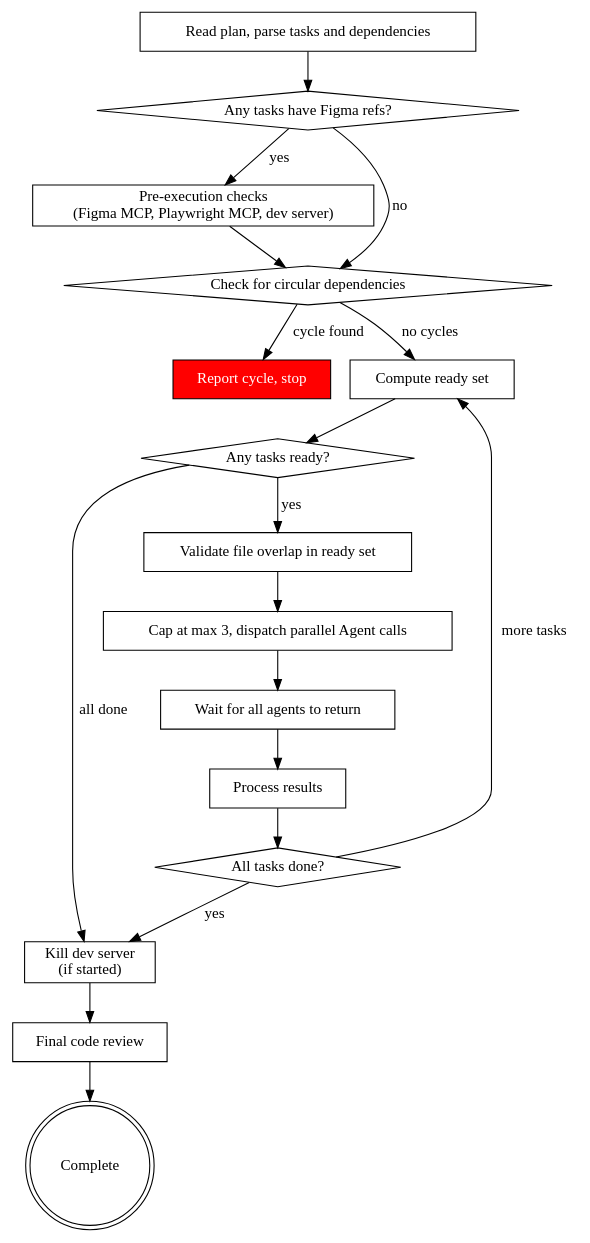
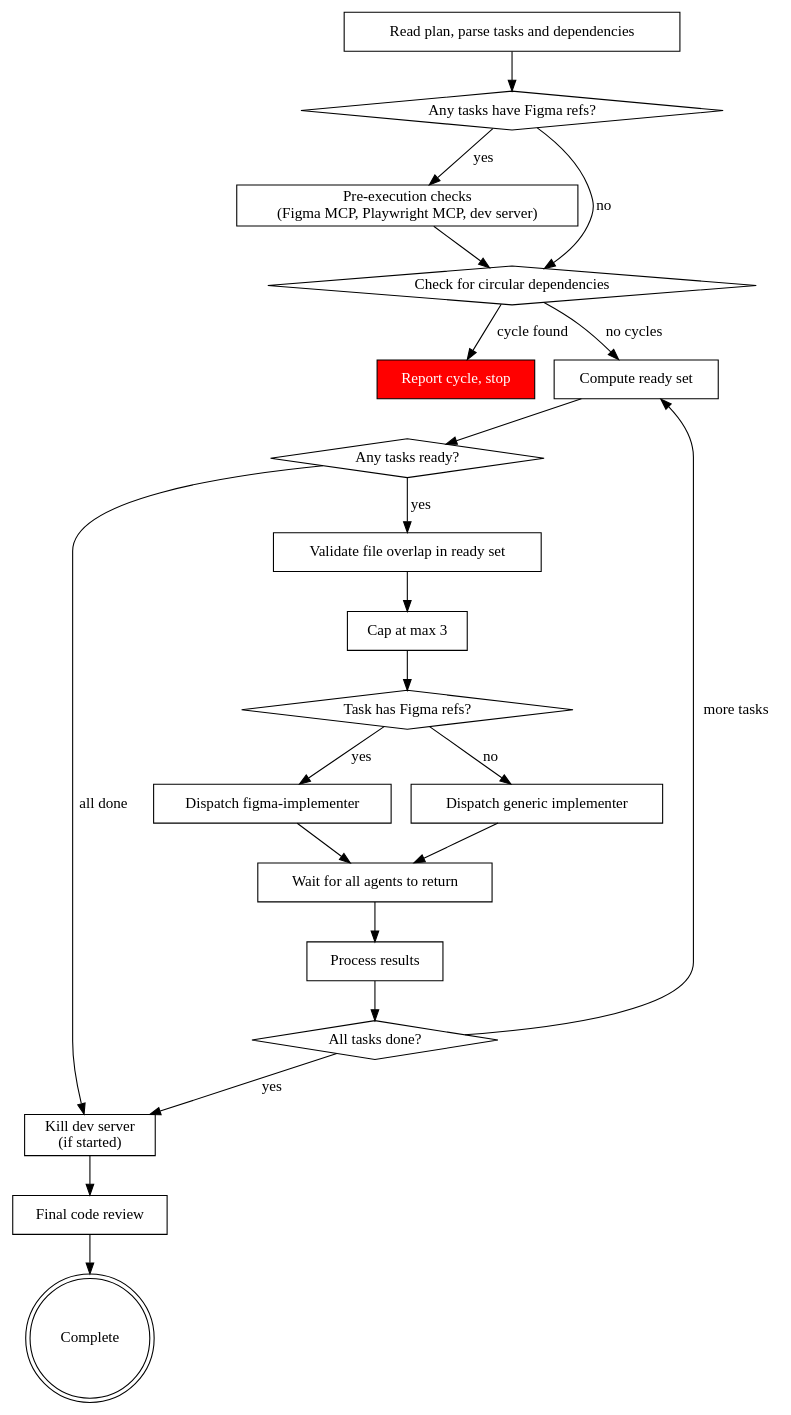
Before and after one commit to iclinic/afyapowers: the diagram in skills/subagent-driven-development/SKILL.md, drawn with Graphviz. The commit also changed other lines of this file, not shown here.

Commit message:
feat: add Figma task routing and 2-stage review pipeline to SDD

````diff
--- a/skills/subagent-driven-development/SKILL.md
+++ b/skills/subagent-driven-development/SKILL.md
@@ -14,39 +14,46 @@
 ```dot
 digraph process {
     rankdir=TB;
 
     "Read plan, parse tasks and dependencies" [shape=box];
     "Any tasks have Figma refs?" [shape=diamond];
     "Pre-execution checks\n(Figma MCP, Playwright MCP, dev server)" [shape=box];
     "Check for circular dependencies" [shape=diamond];
     "Report cycle, stop" [shape=box, style=filled, fillcolor=red, fontcolor=white];
     "Compute ready set" [shape=box];
     "Any tasks ready?" [shape=diamond];
     "Validate file overlap in ready set" [shape=box];
-    "Cap at max 3, dispatch parallel Agent calls" [shape=box];
+    "Cap at max 3" [shape=box];
+    "Task has Figma refs?" [shape=diamond];
+    "Dispatch figma-implementer" [shape=box];
+    "Dispatch generic implementer" [shape=box];
     "Wait for all agents to return" [shape=box];
     "Process results" [shape=box];
     "All tasks done?" [shape=diamond];
     "Kill dev server\n(if started)" [shape=box];
     "Final code review" [shape=box];
     "Complete" [shape=doublecircle];
 
     "Read plan, parse tasks and dependencies" -> "Any tasks have Figma refs?";
     "Any tasks have Figma refs?" -> "Pre-execution checks\n(Figma MCP, Playwright MCP, dev server)" [label="yes"];
     "Any tasks have Figma refs?" -> "Check for circular dependencies" [label="no"];
     "Pre-execution checks\n(Figma MCP, Playwright MCP, dev server)" -> "Check for circular dependencies";
     "Check for circular dependencies" -> "Report cycle, stop" [label="cycle found"];
     "Check for circular dependencies" -> "Compute ready set" [label="no cycles"];
     "Compute ready set" -> "Any tasks ready?";
     "Any tasks ready?" -> "Kill dev server\n(if started)" [label="all done"];
     "Any tasks ready?" -> "Validate file overlap in ready set" [label="yes"];
-    "Validate file overlap in ready set" -> "Cap at max 3, dispatch parallel Agent calls";
-    "Cap at max 3, dispatch parallel Agent calls" -> "Wait for all agents to return";
+    "Validate file overlap in ready set" -> "Cap at max 3";
+    "Cap at max 3" -> "Task has Figma refs?";
+    "Task has Figma refs?" -> "Dispatch figma-implementer" [label="yes"];
+    "Task has Figma refs?" -> "Dispatch generic implementer" [label="no"];
+    "Dispatch figma-implementer" -> "Wait for all agents to return";
+    "Dispatch generic implementer" -> "Wait for all agents to return";
     "Wait for all agents to return" -> "Process results";
     "Process results" -> "All tasks done?";
     "All tasks done?" -> "Compute ready set" [label="more tasks"];
     "All tasks done?" -> "Kill dev server\n(if started)" [label="yes"];
     "Kill dev server\n(if started)" -> "Final code review";
     "Final code review" -> "Complete";
 }
 ```
````
